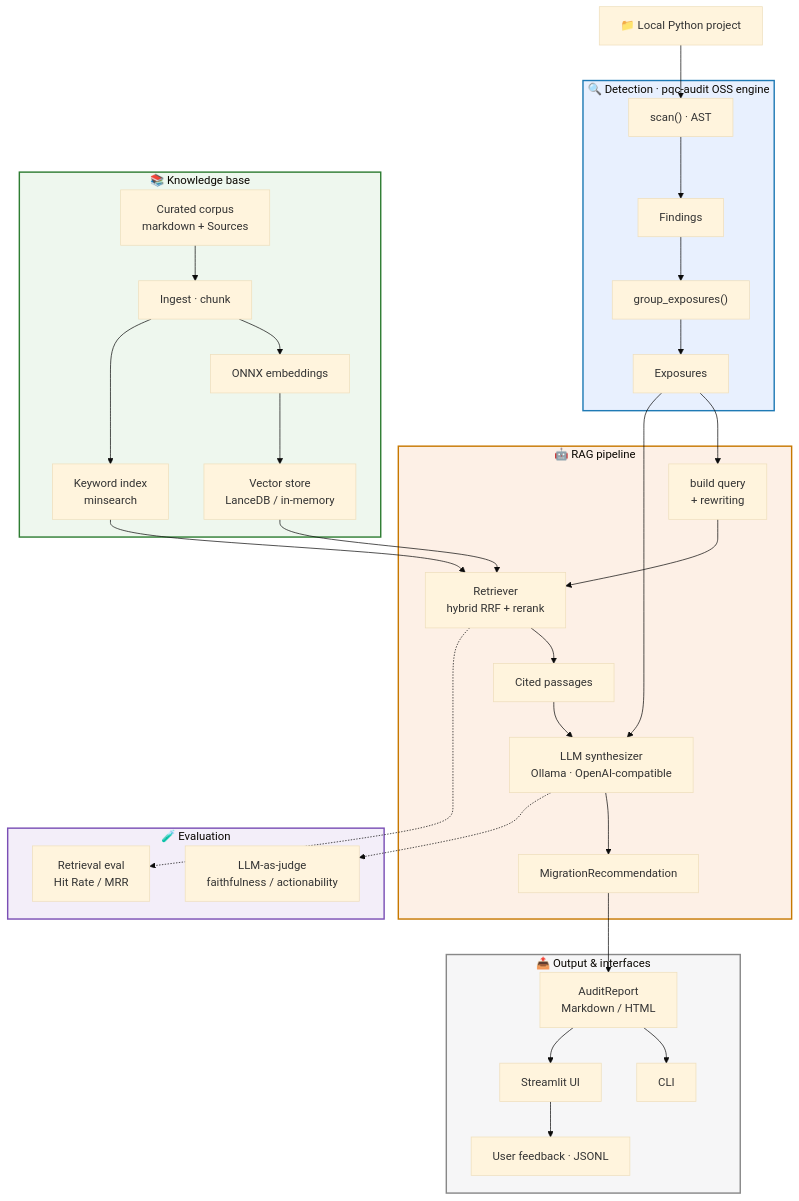
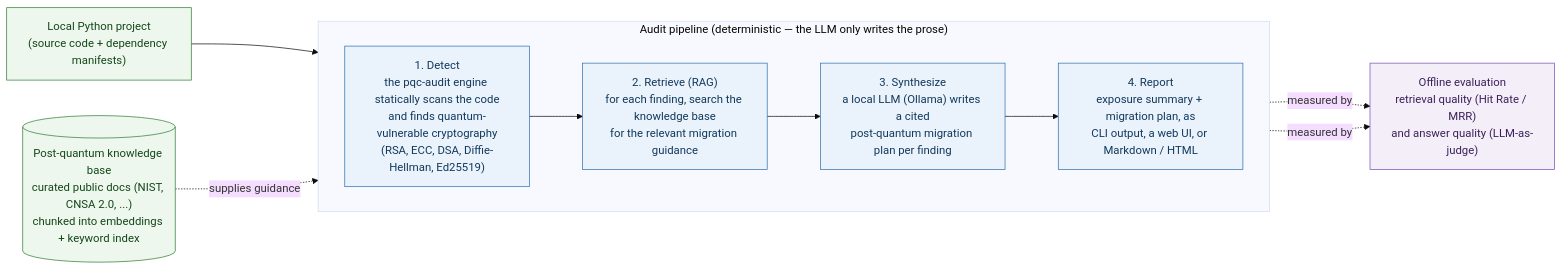
Before and after one commit to rauleteee/pqc-audit-rag: the diagram in README.md, drawn with Mermaid (base theme).

Commit message:
docs: clearer high-level architecture diagram (no emojis)
Replace the busy node-level Mermaid diagram with a high-level 4-stage pipeline
(Detect -> Retrieve -> Synthesize -> Report), each stage described in one line,
plus the knowledge base and offline evaluation as supporting elements. Removes
emojis and low-signal internal nodes.

````diff
--- a/README.md
+++ b/README.md
@@ -35,52 +35,28 @@
 ```mermaid
-flowchart TD
-    proj["📁 Local Python project"]
+flowchart LR
+    project["Local Python project<br/>(source code + dependency manifests)"]
 
-    subgraph detect["🔍 Detection · pqc-audit OSS engine"]
-        scan["scan() · AST"] --> findings["Findings"]
-        findings --> group["group_exposures()"] --> exp["Exposures"]
+    subgraph pipeline["Audit pipeline (deterministic — the LLM only writes the prose)"]
+        direction LR
+        detect["1. Detect<br/>the pqc-audit engine statically scans the code<br/>and finds quantum-vulnerable cryptography<br/>(RSA, ECC, DSA, Diffie-Hellman, Ed25519)"]
+        retrieve["2. Retrieve (RAG)<br/>for each finding, search the knowledge base<br/>for the relevant migration guidance"]
+        synthesize["3. Synthesize<br/>a local LLM (Ollama) writes a cited<br/>post-quantum migration plan per finding"]
+        report["4. Report<br/>exposure summary + migration plan, as<br/>CLI output, a web UI, or Markdown / HTML"]
+        detect --> retrieve --> synthesize --> report
     end
 
-    subgraph kb["📚 Knowledge base"]
-        corpus["Curated corpus<br/>markdown + Sources"] --> ing["Ingest · chunk"]
-        ing --> onnx["ONNX embeddings"] --> vec["Vector store<br/>LanceDB / in-memory"]
-        ing --> kw["Keyword index<br/>minsearch"]
-    end
+    kb[("Post-quantum knowledge base<br/>curated public docs (NIST, CNSA 2.0, ...)<br/>chunked into embeddings + keyword index")]
+    eval["Offline evaluation<br/>retrieval quality (Hit Rate / MRR)<br/>and answer quality (LLM-as-judge)"]
 
-    subgraph rag["🤖 RAG pipeline"]
-        query["build query<br/>+ rewriting"] --> retr["Retriever<br/>hybrid RRF + rerank"]
-        retr --> pass["Cited passages"]
-        pass --> synth["LLM synthesizer<br/>Ollama · OpenAI-compatible"]
-        synth --> rec["MigrationRecommendation"]
-    end
+    project --> detect
+    kb -. supplies guidance .-> retrieve
+    retrieve -. measured by .-> eval
+    synthesize -. measured by .-> eval
 
-    subgraph out["📤 Output & interfaces"]
-        report["AuditReport<br/>Markdown / HTML"]
-        cli["CLI"]
-        ui["Streamlit UI"]
-        fb["User feedback · JSONL"]
-    end
-
-    subgraph evalz["🧪 Evaluation"]
-        reval["Retrieval eval<br/>Hit Rate / MRR"]
-        leval["LLM-as-judge<br/>faithfulness / actionability"]
-    end
-
-    proj --> scan
-    exp --> query
-    vec --> retr
-    kw --> retr
-    exp --> synth
-    rec --> report
-    report --> cli
-    report --> ui
-    ui --> fb
-    retr -.-> reval
-    synth -.-> leval
-
-    style detect fill:#e8f0fe,stroke:#1f7ab5,stroke-width:2px
-    style kb fill:#eef7ee,stroke:#2e7d32,stroke-width:2px
-    style rag fill:#fdf0e6,stroke:#c77800,stroke-width:2px
-    style out fill:#f6f6f7,stroke:#888,stroke-width:2px
-    style evalz fill:#f3eef9,stroke:#7a4fb5,stroke-width:2px
+    classDef stage fill:#eaf2fb,stroke:#2f6fb0,color:#12395c;
+    classDef data fill:#eef7ee,stroke:#2e7d32,color:#14471a;
+    classDef check fill:#f4eef9,stroke:#7a4fb5,color:#3a2159;
+    class detect,retrieve,synthesize,report stage;
+    class project,kb data;
+    class eval check;
 ```
````
